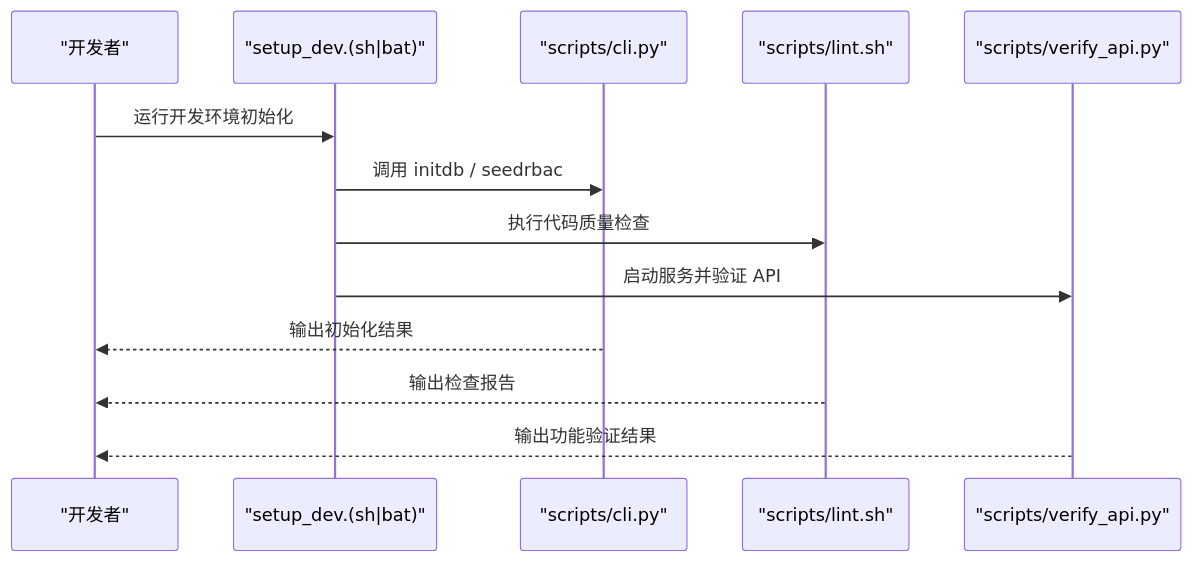
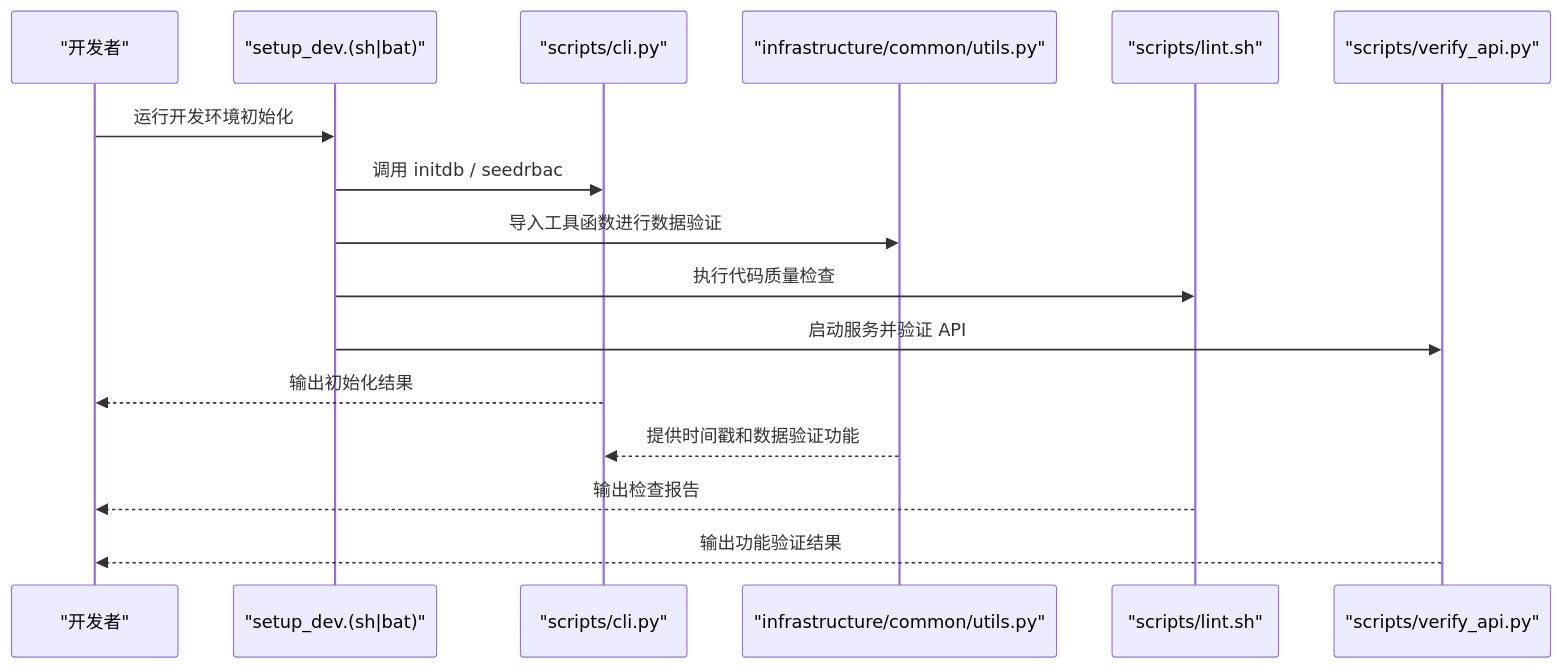
The second of 12 diagrams in .qoder/repowiki/zh/content/核心模块/开发工具与实用函数.md (taoweidong/Hello-FastApi), drawn with Mermaid before and after one commit. The commit also changed other lines of this file and 22 other files, not shown here.

````diff
--- a/.qoder/repowiki/zh/content/核心模块/开发工具与实用函数.md
+++ b/.qoder/repowiki/zh/content/核心模块/开发工具与实用函数.md
@@ -133,15 +146,18 @@
 ```mermaid
 sequenceDiagram
 participant Dev as "开发者"
 participant Setup as "setup_dev.(sh|bat)"
 participant CLI as "scripts/cli.py"
+participant Utils as "infrastructure/common/utils.py"
 participant Lint as "scripts/lint.sh"
 participant Verify as "scripts/verify_api.py"
 Dev->>Setup : 运行开发环境初始化
 Setup->>CLI : 调用 initdb / seedrbac
+Setup->>Utils : 导入工具函数进行数据验证
 Setup->>Lint : 执行代码质量检查
 Setup->>Verify : 启动服务并验证 API
 CLI-->>Dev : 输出初始化结果
+Utils-->>CLI : 提供时间戳和数据验证功能
 Lint-->>Dev : 输出检查报告
 Verify-->>Dev : 输出功能验证结果
 ```
````
